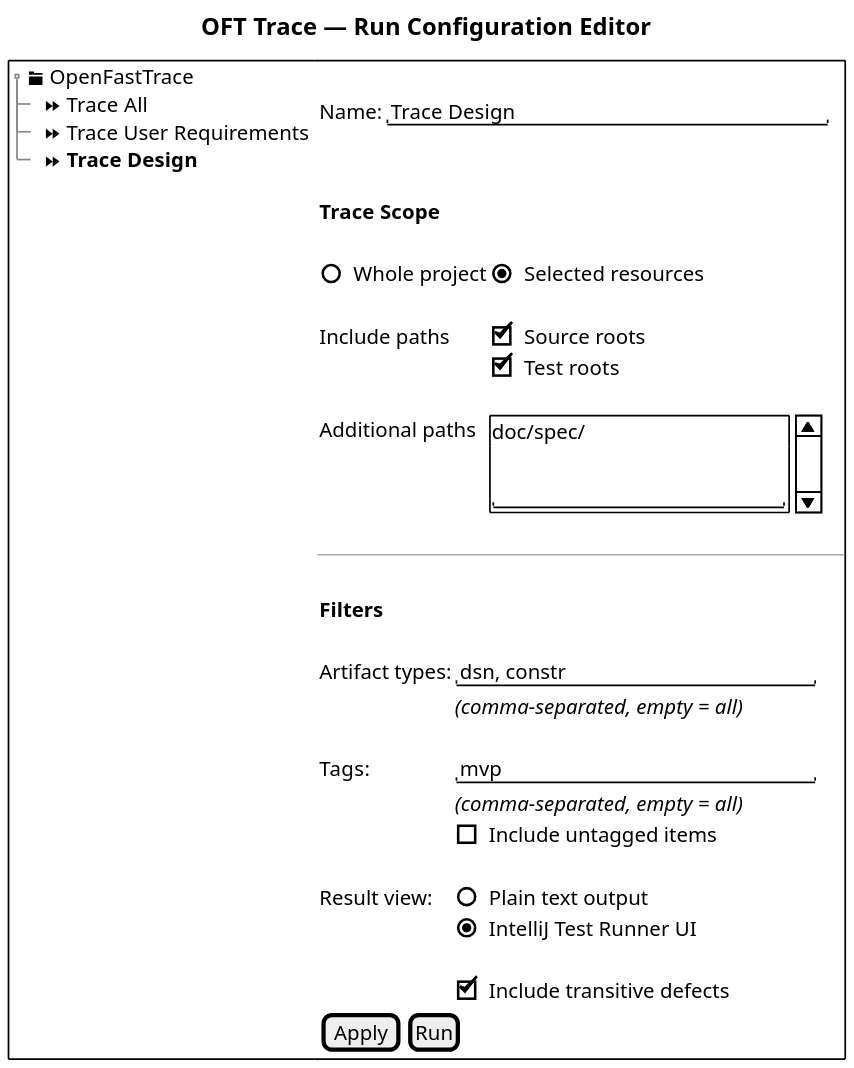
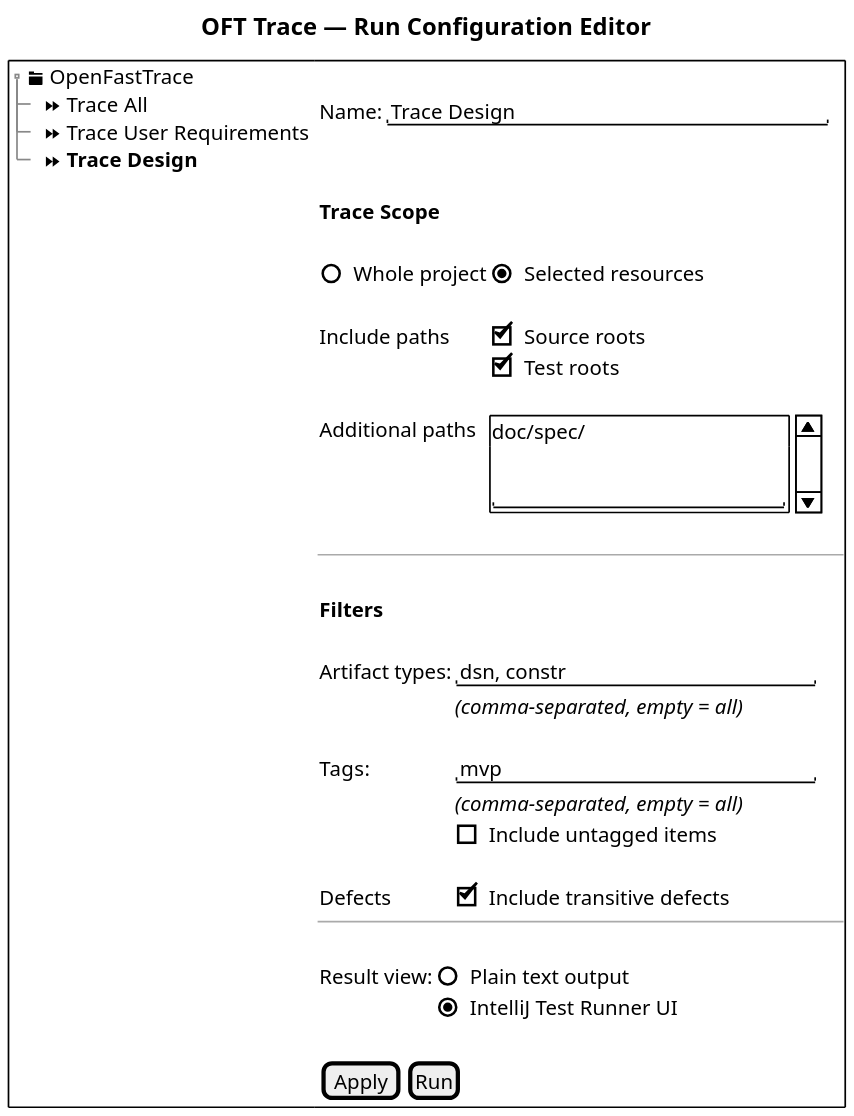
Before and after one commit to itsallcode/openfasttrace-intellij-plugin: the seventh of 7 diagrams in doc/design/building_block_view.md, drawn with PlantUML. The commit also changed 8 other files, not shown here.

````diff
--- a/doc/design/building_block_view.md
+++ b/doc/design/building_block_view.md
@@ -418,59 +418,63 @@
 ```plantuml
 @startsalt
 title OFT Trace — Run Configuration Editor
 scale 2
 {+
   {T
     + <&folder> OpenFastTrace
     ++ <&media-skip-forward> Trace All
     ++ <&media-skip-forward> Trace User Requirements
     ++ <&media-skip-forward> <b>Trace Design
   } |
   {
     {
         .
         Name: | "Trace Design                    "
         .
     }
     {
         .
         <b>Trace Scope
         .
         ()  Whole project         |  (X) Selected resources
         .                         | .
         Include paths             | [X] Source roots
         .                         | [X] Test roots
         .                         | .
         Additional paths          | {SI
                                      doc/spec/
 
                                      .
                                      "                     "
                                     }
         .
       }
       ---
       {
         .
         <b>Filters      | .
         .               | .
         Artifact types: | "dsn, constr               "
         .               | <i>(comma-separated, empty = all)
         .               | .
         Tags:           | "mvp                       "
         .               | <i>(comma-separated, empty = all)
         .               |  [ ] Include untagged items
         .               | .
+        Defects         |  [X] Include transitive defects
+     }
+     ---
+     {
+        .               | .
         Result view:    | ()  Plain text output
         .               | (X) IntelliJ Test Runner UI
         .               | .
-        .               | [X] Include transitive defects
     }
 
     {
       [Apply] | [Run]
     }
   }
 }
 @endsalt
 ```
````
